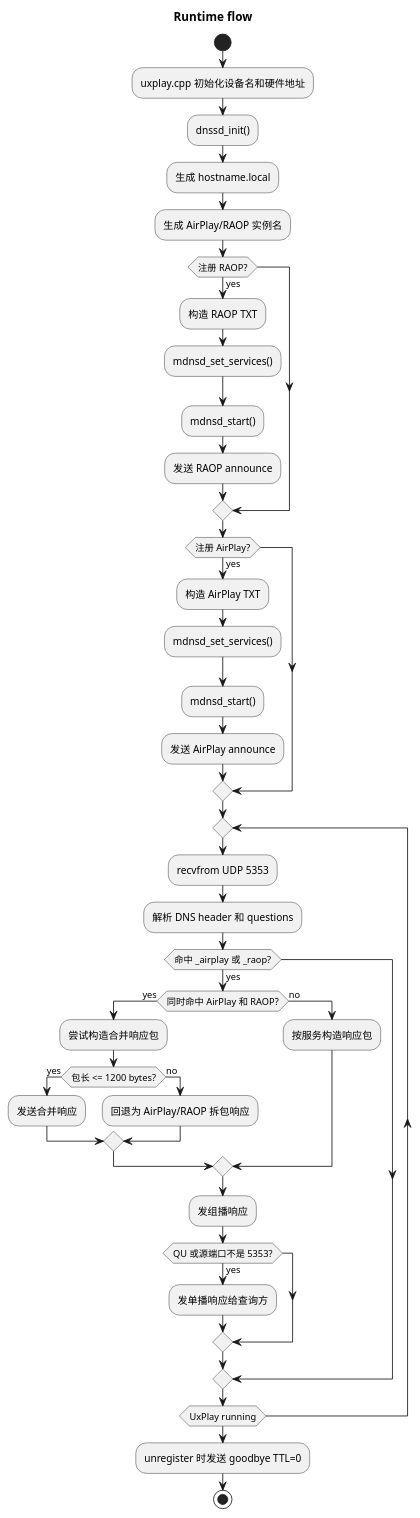
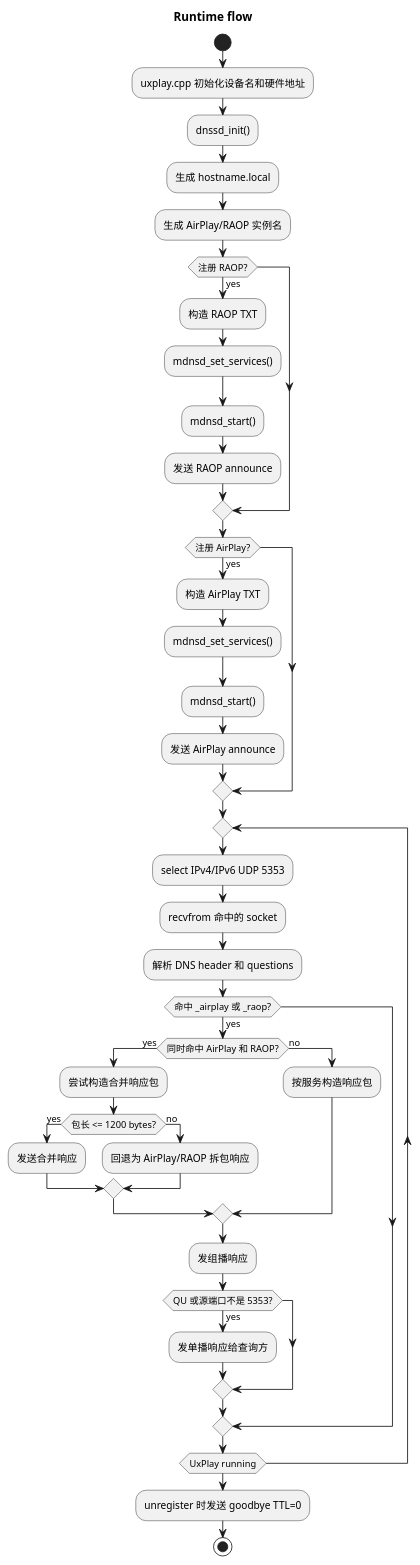
One commit to kgbook/blog changed the sixth of 6 diagrams in content/articles/Android/airplay_mdns_discovery/index.md. Above: the diagram before and after it, drawn with PlantUML. The commit also changed other lines of this file, not shown here.

Commit message:
feat: add ipv6 mDNS support

````diff
--- a/content/articles/Android/airplay_mdns_discovery/index.md
+++ b/content/articles/Android/airplay_mdns_discovery/index.md
@@ -474,50 +490,51 @@
 ```plantuml
 @startuml
 title Runtime flow
 
 start
 :uxplay.cpp 初始化设备名和硬件地址;
 :dnssd_init();
 :生成 hostname.local;
 :生成 AirPlay/RAOP 实例名;
 
 if (注册 RAOP?) then (yes)
   :构造 RAOP TXT;
   :mdnsd_set_services();
   :mdnsd_start();
   :发送 RAOP announce;
 endif
 
 if (注册 AirPlay?) then (yes)
   :构造 AirPlay TXT;
   :mdnsd_set_services();
   :mdnsd_start();
   :发送 AirPlay announce;
 endif
 
 repeat
-  :recvfrom UDP 5353;
+  :select IPv4/IPv6 UDP 5353;
+  :recvfrom 命中的 socket;
   :解析 DNS header 和 questions;
   if (命中 _airplay 或 _raop?) then (yes)
     if (同时命中 AirPlay 和 RAOP?) then (yes)
       :尝试构造合并响应包;
       if (包长 <= 1200 bytes?) then (yes)
         :发送合并响应;
       else (no)
         :回退为 AirPlay/RAOP 拆包响应;
       endif
     else (no)
       :按服务构造响应包;
     endif
     :发组播响应;
     if (QU 或源端口不是 5353?) then (yes)
       :发单播响应给查询方;
     endif
   endif
 repeat while (UxPlay running)
 
 :unregister 时发送 goodbye TTL=0;
 stop
 
 @enduml
 ```
````
